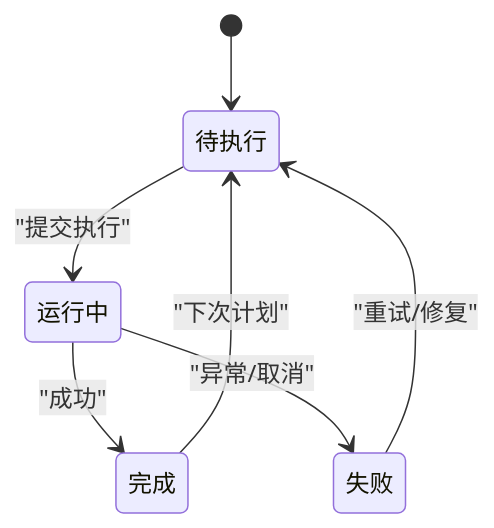
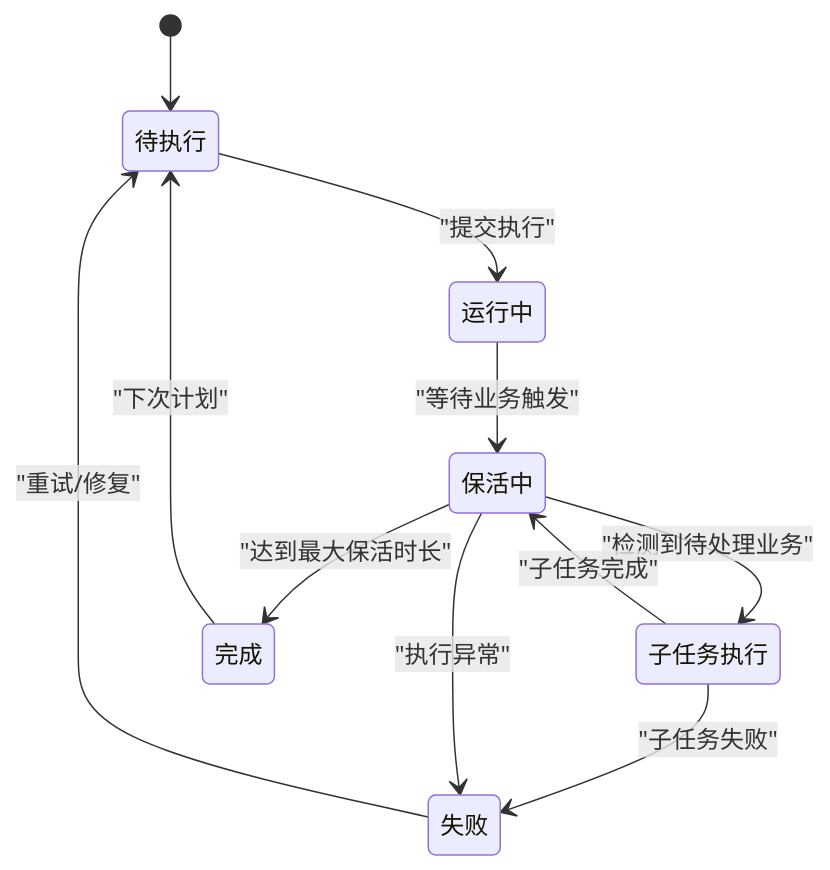
Before and after one commit to onebody/ccclubs_AI_RPA: the seventh of 10 diagrams in .qoder/repowiki/zh/content/后端服务架构/任务管理系统.md, drawn with Mermaid. The commit also changed other lines of this file and 50 other files, not shown here.

````diff
--- a/.qoder/repowiki/zh/content/后端服务架构/任务管理系统.md
+++ b/.qoder/repowiki/zh/content/后端服务架构/任务管理系统.md
@@ -208,9 +375,13 @@
 ```mermaid
 stateDiagram-v2
 [*] --> 待执行
 待执行 --> 运行中 : "提交执行"
-运行中 --> 完成 : "成功"
-运行中 --> 失败 : "异常/取消"
+运行中 --> 保活中 : "等待业务触发"
+保活中 --> 子任务执行 : "检测到待处理业务"
+子任务执行 --> 保活中 : "子任务完成"
+子任务执行 --> 失败 : "子任务失败"
+保活中 --> 完成 : "达到最大保活时长"
+保活中 --> 失败 : "执行异常"
 完成 --> 待执行 : "下次计划"
 失败 --> 待执行 : "重试/修复"
 ```
````
